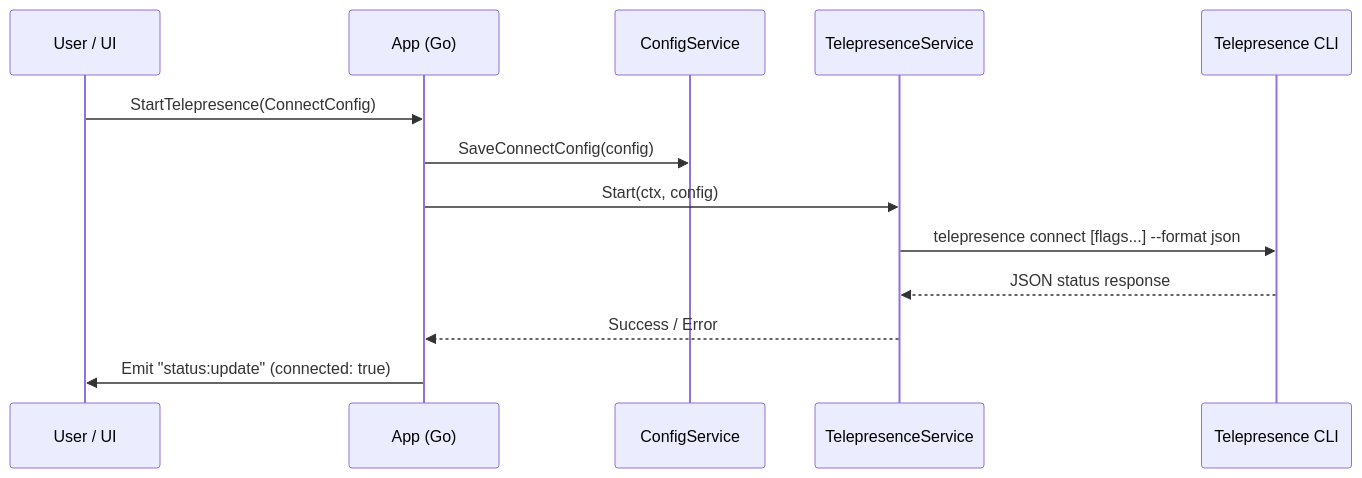
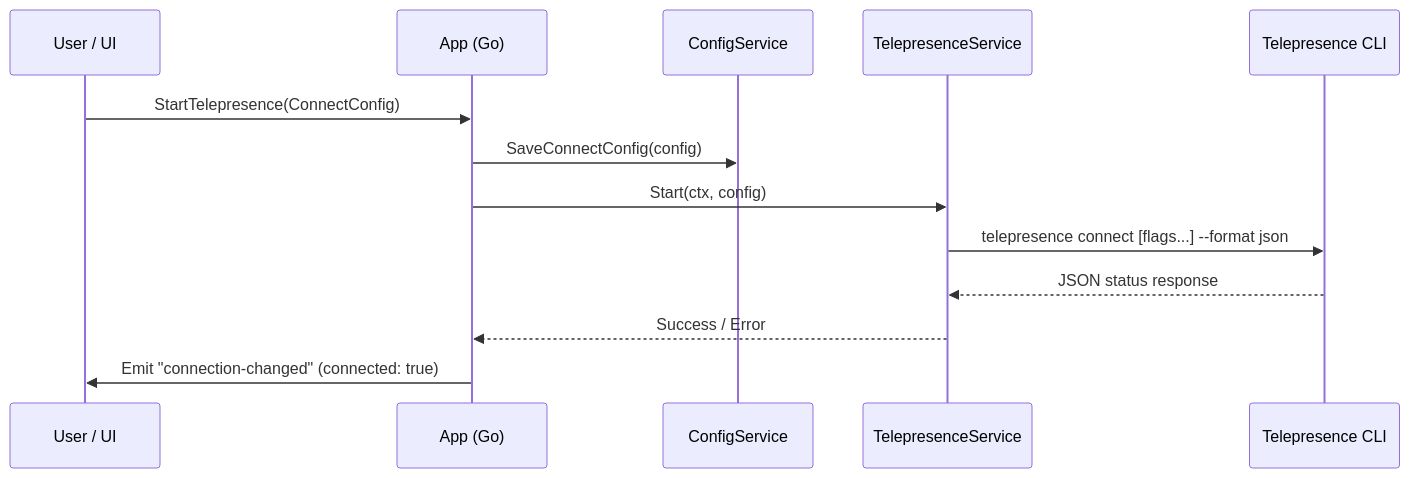
Before and after one commit to mahdimomeni/telepresence-gui: the second of 3 diagrams in docs/docs/getting-started/architecture.md, drawn with Mermaid. The commit also changed other lines of this file and 7 other files, not shown here.

Commit message:
docs: update architectural documentation to reflect backend thread-safety improvements, performance optimizations, and renamed event hooks

````diff
--- a/docs/docs/getting-started/architecture.md
+++ b/docs/docs/getting-started/architecture.md
@@ -95,16 +95,16 @@
 ```mermaid
 sequenceDiagram
     participant User as User / UI
     participant App as App (Go)
     participant Config as ConfigService
     participant TeleSvc as TelepresenceService
     participant CLI as Telepresence CLI
 
     User->>App: StartTelepresence(ConnectConfig)
     App->>Config: SaveConnectConfig(config)
     App->>TeleSvc: Start(ctx, config)
     TeleSvc->>CLI: telepresence connect [flags...] --format json
     CLI-->>TeleSvc: JSON status response
     TeleSvc-->>App: Success / Error
-    App->>User: Emit "status:update" (connected: true)
+    App->>User: Emit "connection-changed" (connected: true)
 ```
````
